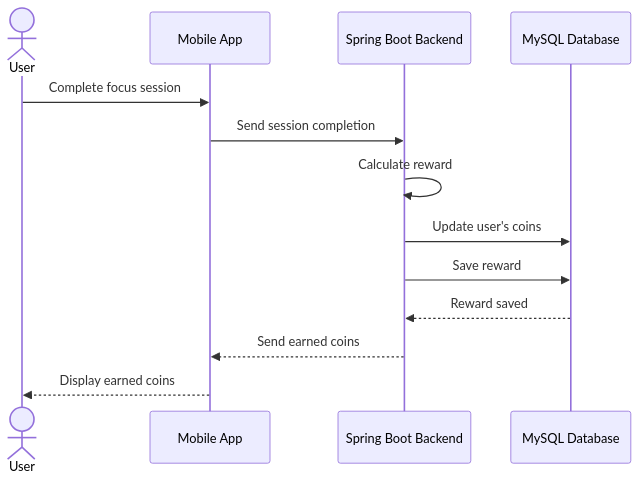
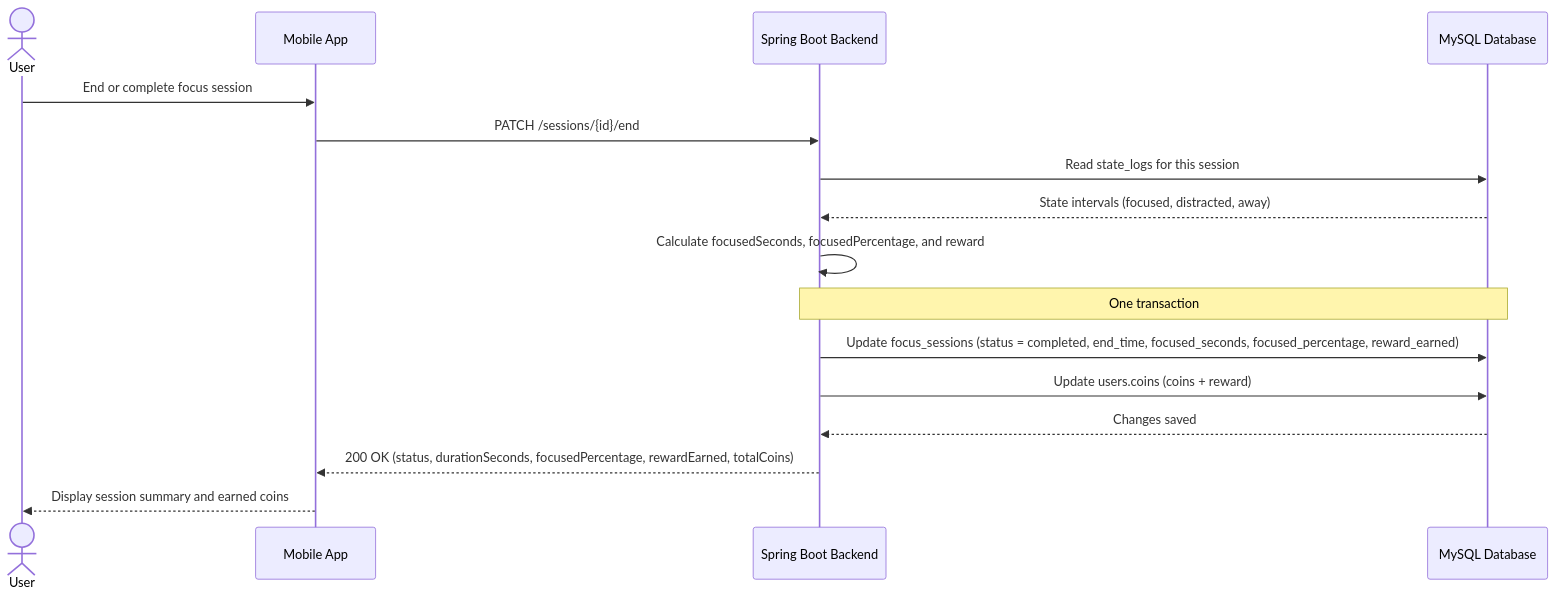
One commit to ghaid999/Kaboom changed the sixth of 6 diagrams in Technical Documentation (Stage 3)/README.md. Above: the diagram before and after it, drawn with Mermaid.

Commit message:
Revise session completion sequence diagram
Updated sequence diagram for session completion to include new steps for ending a focus session and calculating rewards.

````diff
--- a/Technical Documentation (Stage 3)/README.md
+++ b/Technical Documentation (Stage 3)/README.md
@@ -681,16 +681,21 @@
 ```mermaid
 sequenceDiagram
     actor User
     participant App as Mobile App
     participant Backend as Spring Boot Backend
     participant DB as MySQL Database
- 
-    User->>App: Complete focus session
-    App->>Backend: Send session completion
-    Backend->>Backend: Calculate reward
-    Backend->>DB: Update user's coins
-    Backend->>DB: Save reward
-    DB-->>Backend: Reward saved
-    Backend-->>App: Send earned coins
-    App-->>User: Display earned coins
+
+    User->>App: End or complete focus session
+    App->>Backend: PATCH /sessions/{id}/end
+    Backend->>DB: Read state_logs for this session
+    DB-->>Backend: State intervals (focused, distracted, away)
+    Backend->>Backend: Calculate focusedSeconds, focusedPercentage, and reward
+
+    Note over Backend,DB: One transaction
+    Backend->>DB: Update focus_sessions (status = completed, end_time, focused_seconds, focused_percentage, reward_earned)
+    Backend->>DB: Update users.coins (coins + reward)
+    DB-->>Backend: Changes saved
+
+    Backend-->>App: 200 OK (status, durationSeconds, focusedPercentage, rewardEarned, totalCoins)
+    App-->>User: Display session summary and earned coins
 ```
````
